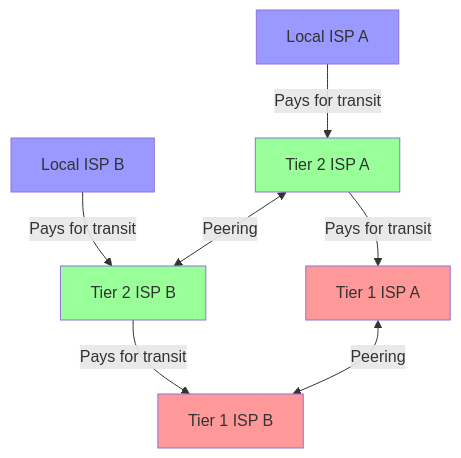
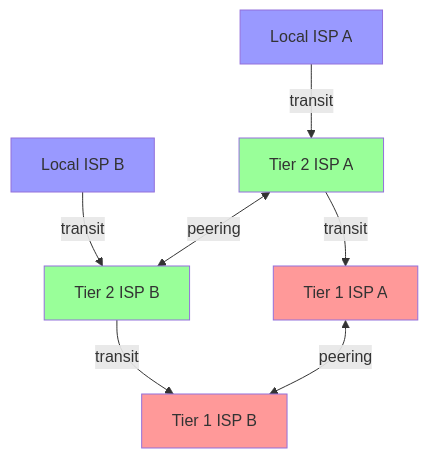
Before and after one commit to aarnphm/aarnphm.github.io: the diagram in content/thoughts/Internet.md, drawn with Mermaid. The commit also changed other lines of this file and 42 other files, not shown here.

````diff
--- a/content/thoughts/Internet.md
+++ b/content/thoughts/Internet.md
@@ -15,33 +15,27 @@
 ```mermaid
 graph TD
-    %% Tier 1 ISPs
     T1A[Tier 1 ISP A]
     T1B[Tier 1 ISP B]
 
-    %% Tier 2 ISPs
     T2A[Tier 2 ISP A]
     T2B[Tier 2 ISP B]
 
-    %% Tier 3 ISPs
     T3A[Local ISP A]
     T3B[Local ISP B]
 
-    %% Customer-Provider Relationships
-    T3A -->|"Pays for transit"| T2A
-    T3B -->|"Pays for transit"| T2B
-    T2A -->|"Pays for transit"| T1A
-    T2B -->|"Pays for transit"| T1B
+    T3A -->|transit| T2A
+    T3B -->|transit| T2B
+    T2A -->|transit| T1A
+    T2B -->|transit| T1B
 
-    %% Peer-to-Peer Relationships
-    T1A <-->|"Peering"| T1B
-    T2A <-->|"Peering"| T2B
+    T1A <-->|peering| T1B
+    T2A <-->|peering| T2B
 
-    %% Styling
     classDef tier1 fill:#ff9999
     classDef tier2 fill:#99ff99
     classDef tier3 fill:#9999ff
 
     class T1A,T1B tier1
     class T2A,T2B tier2
     class T3A,T3B tier3
 ```
````
